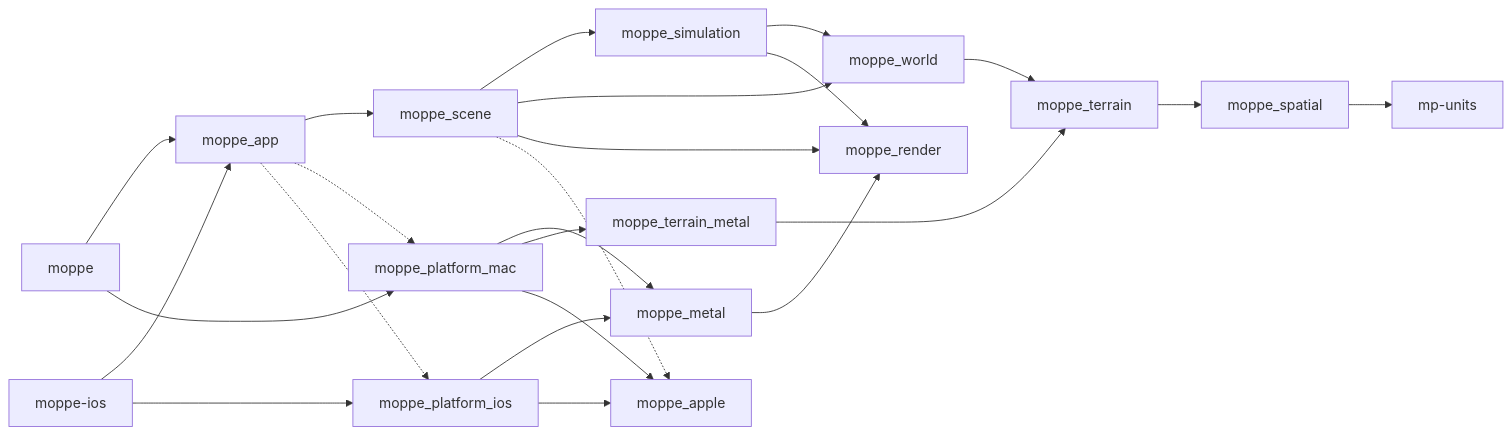
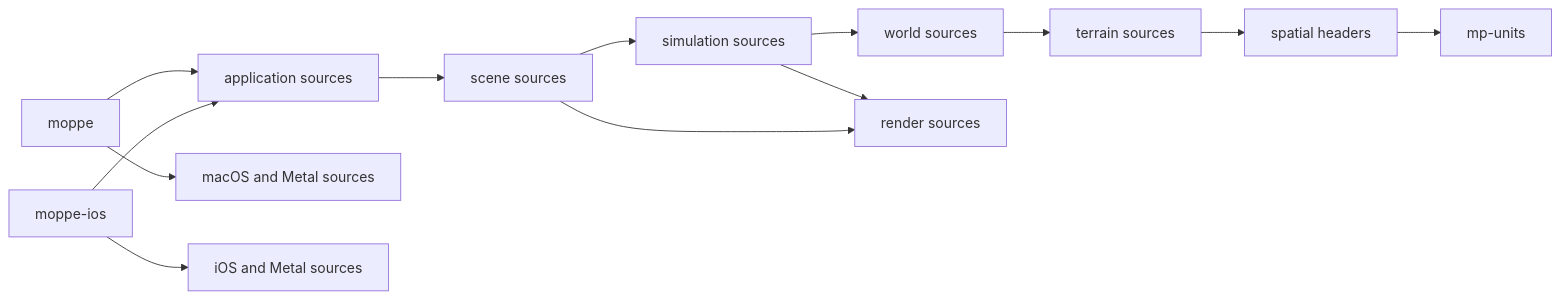
One commit to mbrock/moppe changed the diagram in docs/refactoring-seams.md. Above: the diagram before and after it, drawn with Mermaid. The commit also changed other lines of this file and 8 other files, not shown here.

````diff
--- a/docs/refactoring-seams.md
+++ b/docs/refactoring-seams.md
@@ -92,26 +94,15 @@
 ```mermaid
 flowchart LR
-  spatial["moppe_spatial"] --> units["mp-units"]
-  terrain["moppe_terrain"] --> spatial
-  world["moppe_world"] --> terrain
-  simulation["moppe_simulation"] --> world
-  simulation --> render["moppe_render"]
-  scene["moppe_scene"] --> simulation
-  scene --> world
+  spatial["spatial headers"] --> units["mp-units"]
+  terrain["terrain sources"] --> spatial
+  world["world sources"] --> terrain
+  simulation["simulation sources"] --> world
+  simulation --> render["render sources"]
+  scene["scene sources"] --> simulation
   scene --> render
-  scene -.-> apple["moppe_apple"]
-  app["moppe_app"] --> scene
-  app -.-> mac["moppe_platform_mac"]
-  app -.-> ios["moppe_platform_ios"]
-  metal["moppe_metal"] --> render
-  terrain_metal["moppe_terrain_metal"] --> terrain
-  mac --> metal
-  mac --> terrain_metal
-  mac --> apple
-  ios --> metal
-  ios --> apple
+  app["application sources"] --> scene
   desktop["moppe"] --> app
-  desktop --> mac
+  desktop --> mac["macOS and Metal sources"]
   phone["moppe-ios"] --> app
-  phone --> ios
+  phone --> ios["iOS and Metal sources"]
 ```
````
